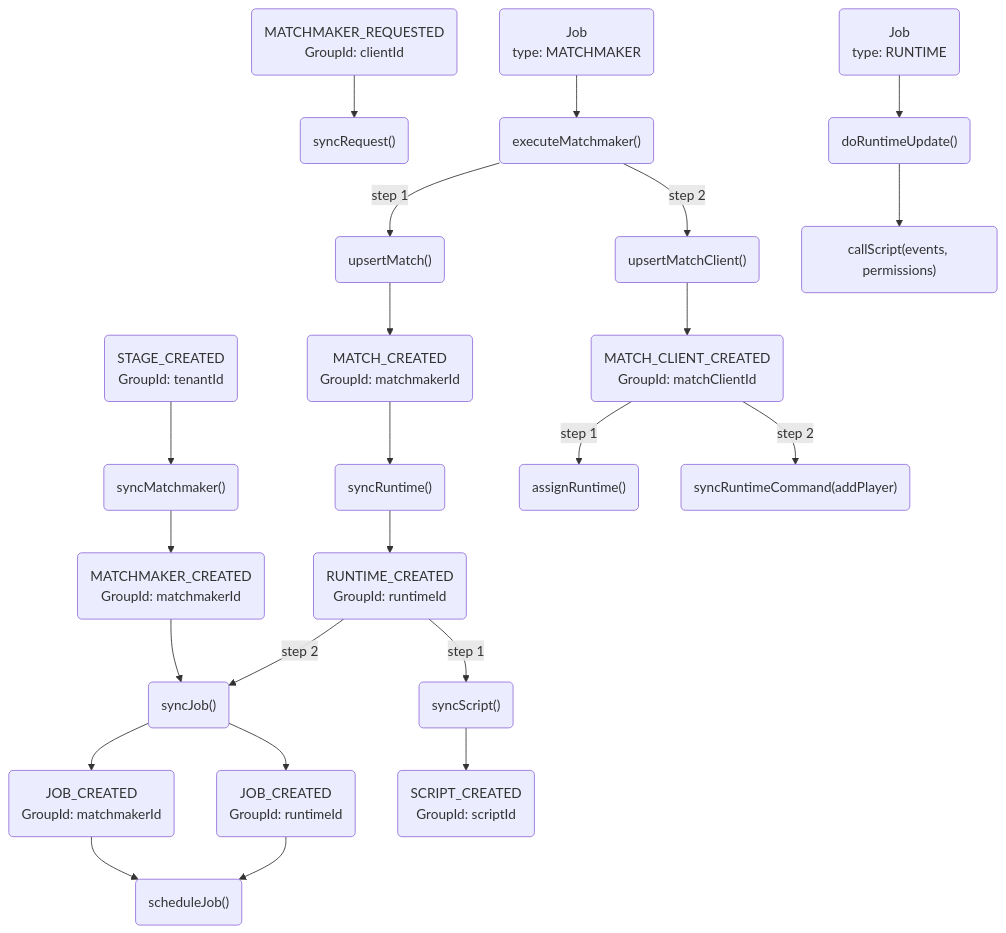
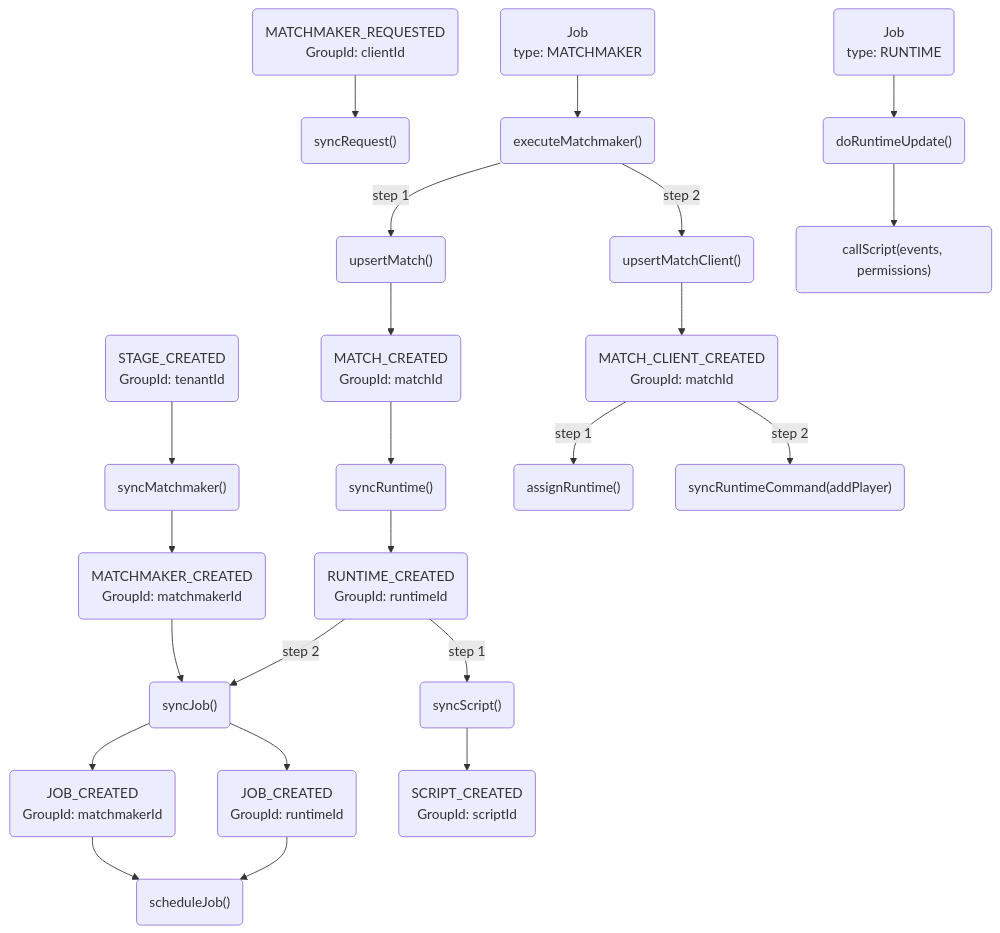
One commit to OMGSERVERS/omgservers changed the diagram in omgservers-documentation/MatchmakingEventGraph.md. Above: the diagram before and after it, drawn with Mermaid. The commit also changed 7 other files, not shown here.

Commit message:
Fix matchmaking graph

````diff
--- a/omgservers-documentation/MatchmakingEventGraph.md
+++ b/omgservers-documentation/MatchmakingEventGraph.md
@@ -3,32 +3,32 @@
 ```mermaid
 graph TD;
 
 StageCreated(STAGE_CREATED<br/>GroupId: tenantId) --> syncMatchmaker("syncMatchmaker()")
 syncMatchmaker("syncMatchmaker()") --> MatchmakerCreated(MATCHMAKER_CREATED<br/>GroupId: matchmakerId)
 MatchmakerCreated(MATCHMAKER_CREATED<br/>GroupId: matchmakerId) --> syncJob("syncJob()")
 syncJob("syncJob()") --> JobMatchmakerCreated(JOB_CREATED<br/>GroupId: matchmakerId)
 JobMatchmakerCreated(JOB_CREATED<br/>GroupId: matchmakerId) --> scheduleJob("scheduleJob()")
 
 MatchmakerRequested(MATCHMAKER_REQUESTED<br/>GroupId: clientId) --> syncRequest("syncRequest()")
 
 MatchmakerJob(Job<br/>type: MATCHMAKER) --> executeMatchmaker("executeMatchmaker()")
 executeMatchmaker("executeMatchmaker()") -- step 1--> upsertMatch("upsertMatch()")
 executeMatchmaker("executeMatchmaker()") -- step 2--> upsertMatchClient("upsertMatchClient()")
 
-upsertMatch("upsertMatch()") --> MatchCreated(MATCH_CREATED<br/>GroupId: matchmakerId)
-MatchCreated(MATCH_CREATED<br/>GroupId: matchmakerId) --> syncRuntime("syncRuntime()")
+upsertMatch("upsertMatch()") --> MatchCreated(MATCH_CREATED<br/>GroupId: matchId)
+MatchCreated(MATCH_CREATED<br/>GroupId: matchId) --> syncRuntime("syncRuntime()")
 syncRuntime("syncRuntime()") --> RuntimeCreated(RUNTIME_CREATED<br/>GroupId: runtimeId)
 RuntimeCreated(RUNTIME_CREATED<br/>GroupId: runtimeId) -- step 1 --> syncScript("syncScript()")
 RuntimeCreated(RUNTIME_CREATED<br/>GroupId: runtimeId) -- step 2--> syncJob("syncJob()")
 syncJob("syncJob()") --> JobRuntimeCreated(JOB_CREATED<br/>GroupId: runtimeId)
 JobRuntimeCreated(JOB_CREATED<br/>GroupId: runtimeId) --> scheduleJob("scheduleJob()")
 syncScript("syncScript()") --> ScriptCreated(SCRIPT_CREATED<br/>GroupId: scriptId)
 
-upsertMatchClient("upsertMatchClient()") --> MatchClientCreated(MATCH_CLIENT_CREATED<br/>GroupId: matchClientId)
-MatchClientCreated(MATCH_CLIENT_CREATED<br/>GroupId: matchClientId) -- step 1 --> assignRuntime("assignRuntime()")
-MatchClientCreated(MATCH_CLIENT_CREATED<br/>GroupId: matchClientId) -- step 2 --> syncRuntimeCommand("syncRuntimeCommand(addPlayer)")
+upsertMatchClient("upsertMatchClient()") --> MatchClientCreated(MATCH_CLIENT_CREATED<br/>GroupId: matchId)
+MatchClientCreated(MATCH_CLIENT_CREATED<br/>GroupId: matchId) -- step 1 --> assignRuntime("assignRuntime()")
+MatchClientCreated(MATCH_CLIENT_CREATED<br/>GroupId: matchId) -- step 2 --> syncRuntimeCommand("syncRuntimeCommand(addPlayer)")
 
 RuntimeJob(Job<br/>type: RUNTIME) --> doRuntimeUpdate("doRuntimeUpdate()")
 doRuntimeUpdate("doRuntimeUpdate()") --> callScript("callScript(events, permissions)")
 
 ```
````
